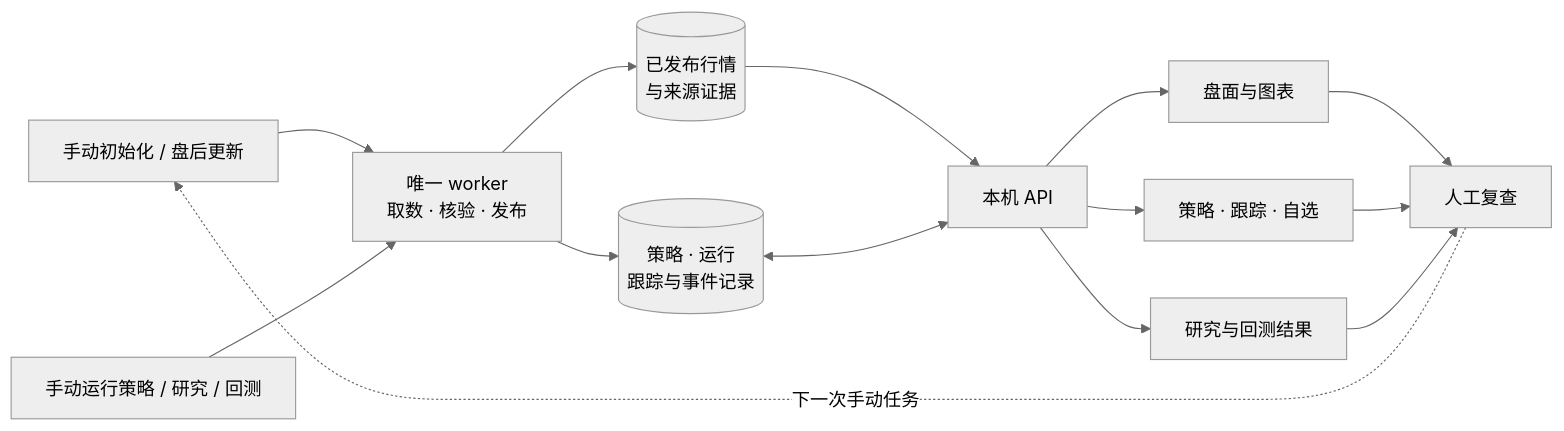
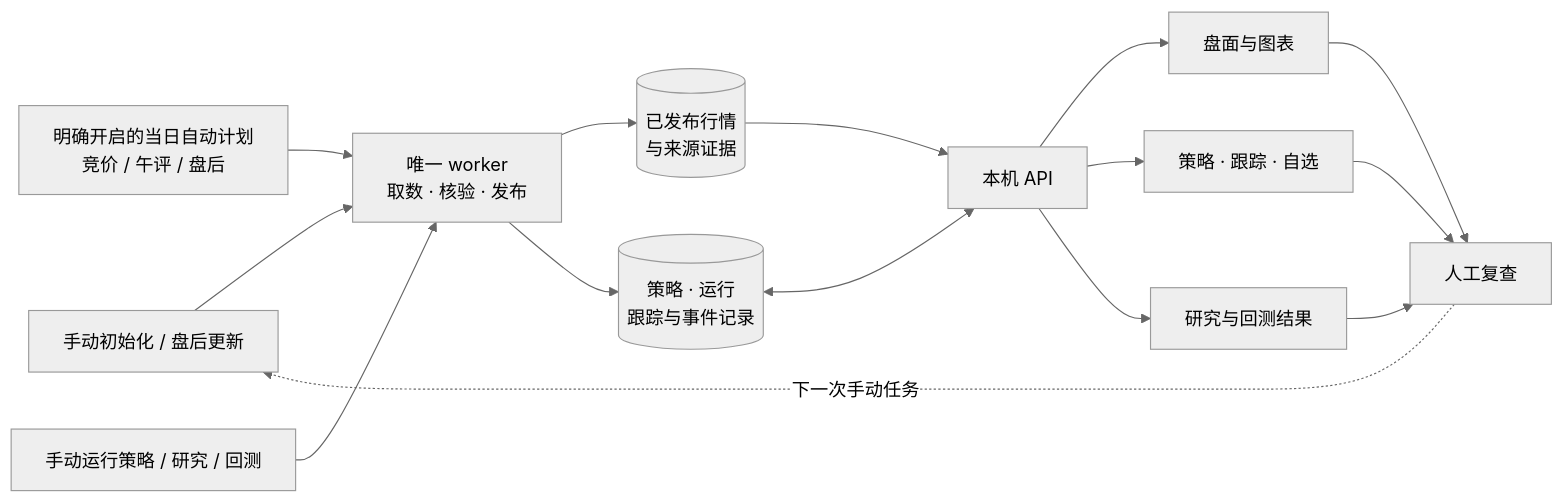
Before and after one commit to DreamerXX0301/ad-market-review: the diagram in README.md, drawn with Mermaid (neutral theme). The commit also changed other lines of this file and 88 other files, not shown here.

````diff
--- a/README.md
+++ b/README.md
@@ -166,16 +166,17 @@
 ```mermaid
 flowchart LR
     A["手动初始化 / 盘后更新"] --> B["唯一 worker<br/>取数 · 核验 · 发布"]
+    K["明确开启的当日自动计划<br/>竞价 / 午评 / 盘后"] --> B
     B --> C[("已发布行情<br/>与来源证据")]
     B --> D[("策略 · 运行<br/>跟踪与事件记录")]
     E["手动运行策略 / 研究 / 回测"] --> B
     C --> F["本机 API"]
     D <--> F
     F --> G["盘面与图表"]
     F --> H["策略 · 跟踪 · 自选"]
     F --> I["研究与回测结果"]
     G --> J["人工复查"]
     H --> J
     I --> J
     J -. "下一次手动任务" .-> A
 ```
````
